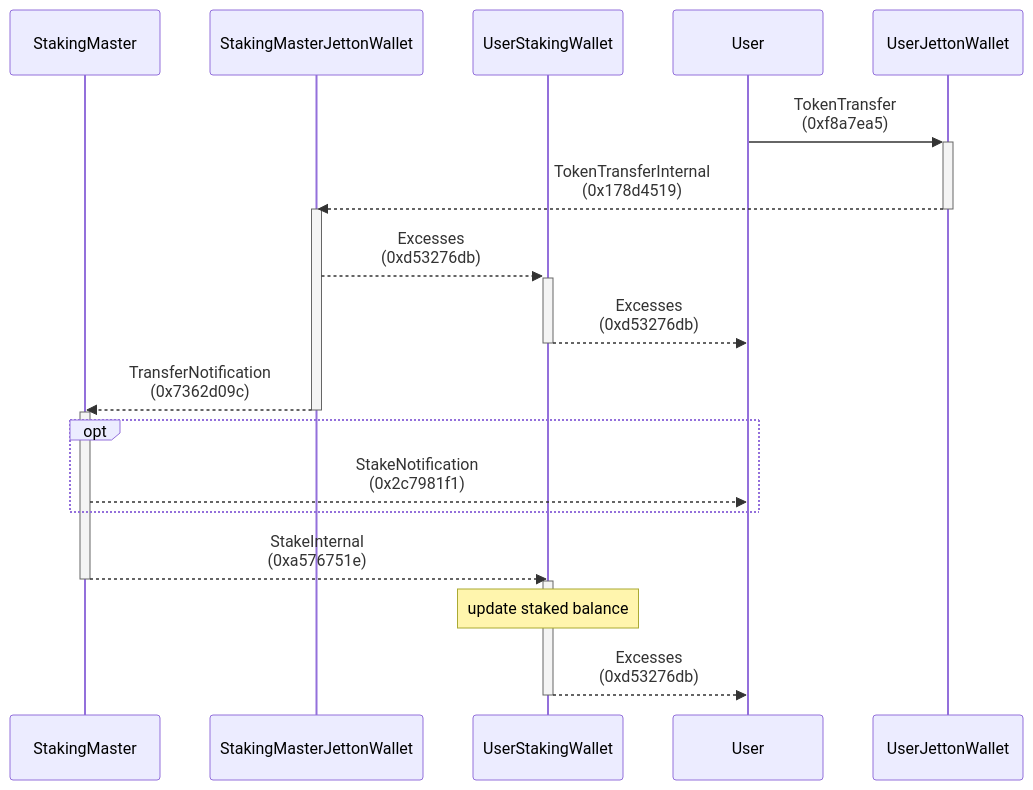
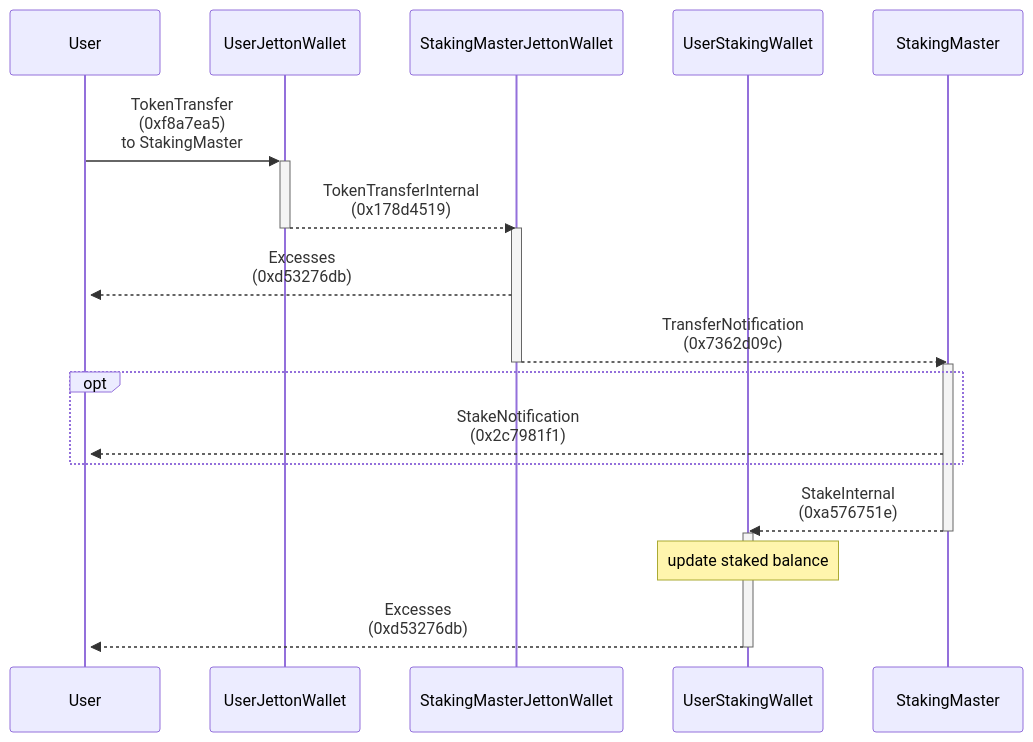
Before and after one commit to Laisky/tact-utils: the second of 4 diagrams in contracts/staking/README.md, drawn with Mermaid. The commit also changed 2 other files, not shown here.

Commit message:
fix: improve jetton staking

````diff
--- a/contracts/staking/README.md
+++ b/contracts/staking/README.md
@@ -56,23 +56,22 @@
 ```mermaid
 sequenceDiagram
-    participant A as StakingMaster
+    participant C as User
+    participant D as UserJettonWallet
     participant E as StakingMasterJettonWallet
     participant B as UserStakingWallet
-    participant C as User
-    participant D as UserJettonWallet
+    participant A as StakingMaster
 
-    C ->>+ D: TokenTransfer<BR />(0xf8a7ea5)
+    C ->>+ D: TokenTransfer<BR />(0xf8a7ea5)<BR />to StakingMaster
     D -->>- E: TokenTransferInternal<BR />(0x178d4519)
     activate E
-    E -->>+ B: Excesses<BR />(0xd53276db)
-    B -->>- C: Excesses<BR />(0xd53276db)
+    E -->>+ C: Excesses<BR />(0xd53276db)
     E -->>- A: TransferNotification<BR />(0x7362d09c)
     activate A
     opt
         A -->> C: StakeNotification<BR />(0x2c7981f1)
     end
     A -->>- B: StakeInternal<BR />(0xa576751e)
     activate B
     Note over B: update staked balance
     B -->>- C: Excesses<BR />(0xd53276db)
 ```
````
